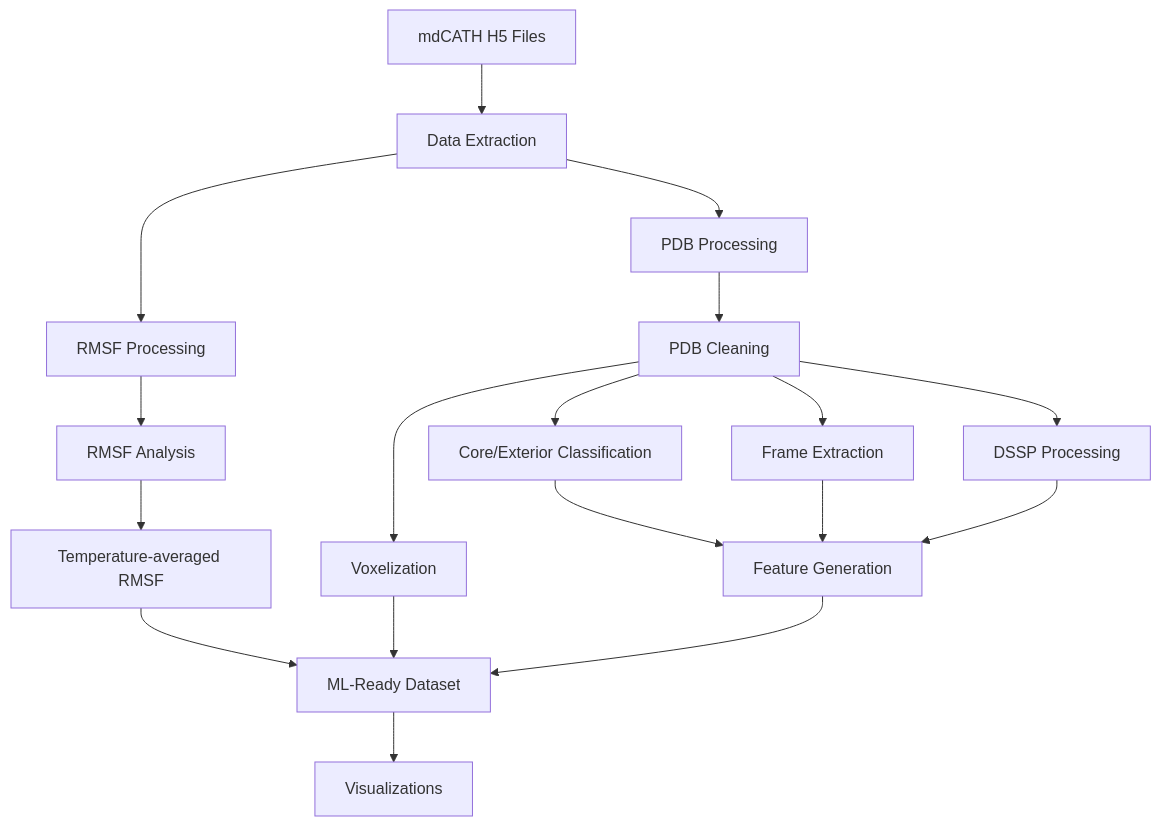
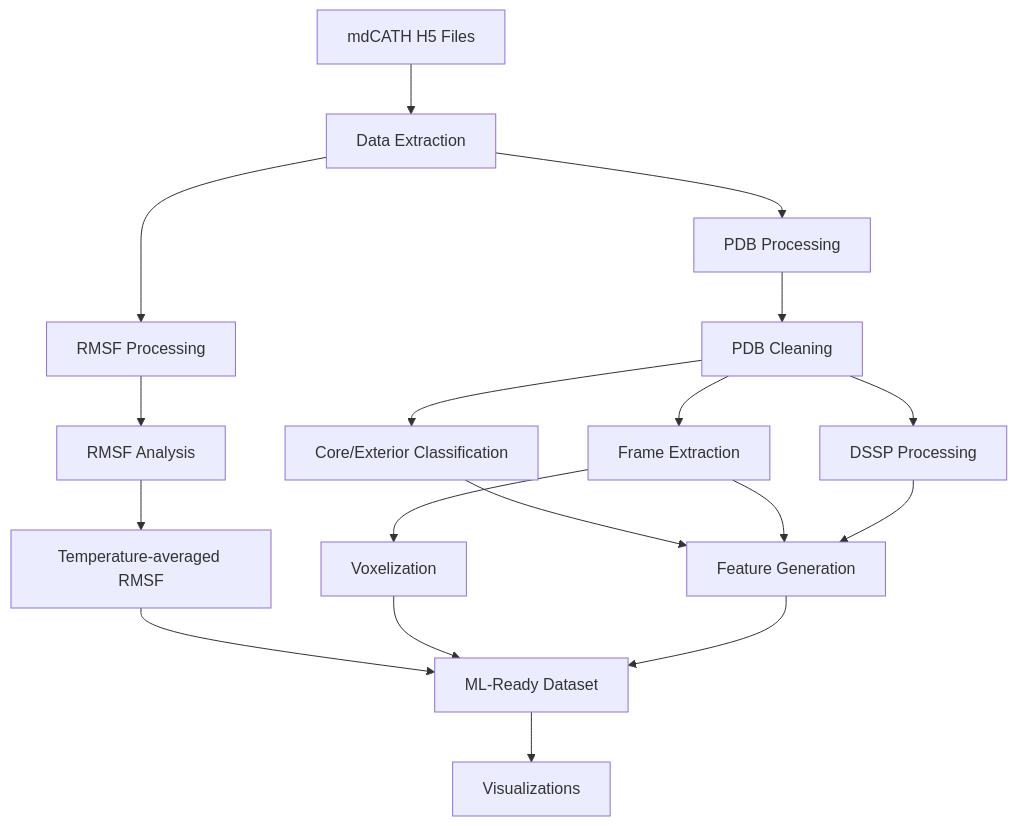
The diagram in README.md (Felixburton7/mdcath-processor), drawn with Mermaid before and after one commit.

````diff
--- a/README.md
+++ b/README.md
@@ -136,32 +136,32 @@
 ```mermaid
 graph TD
     A[mdCATH H5 Files] --> B[Data Extraction]
 
     B --> PDB[PDB Processing]
     B --> RMSF[RMSF Processing]
     
 
     %% PDB pipeline
     PDB --> Clean[PDB Cleaning]
     Clean --> Classify[Core/Exterior Classification]
     Clean --> Frames[Frame Extraction]
     Clean --> DSSP[DSSP Processing]
 
     %% RMSF pipeline
     RMSF --> Replica[RMSF Analysis]
     Replica --> TempAvg[Temperature‑averaged RMSF]
     TempAvg --> ML[ML‑Ready Dataset]
 
     %% Coordinate pipeline
-    Clean --> Vox[Voxelization]
+    Frames --> Vox[Voxelization]
     Vox --> ML
 
     %% Feature generation
     Classify --> Features[Feature Generation]
     Frames --> Features
     DSSP --> Features
     Features --> ML
 
     %% Optional downstream
     ML --> Viz[Visualizations]
 ```
````
